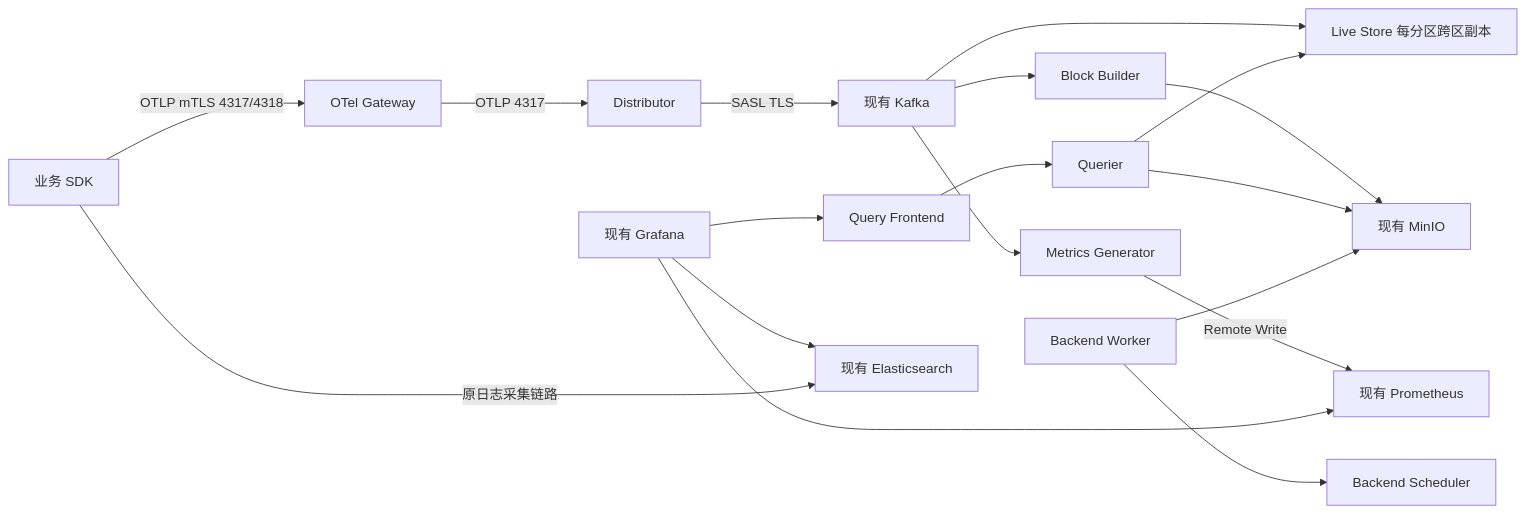
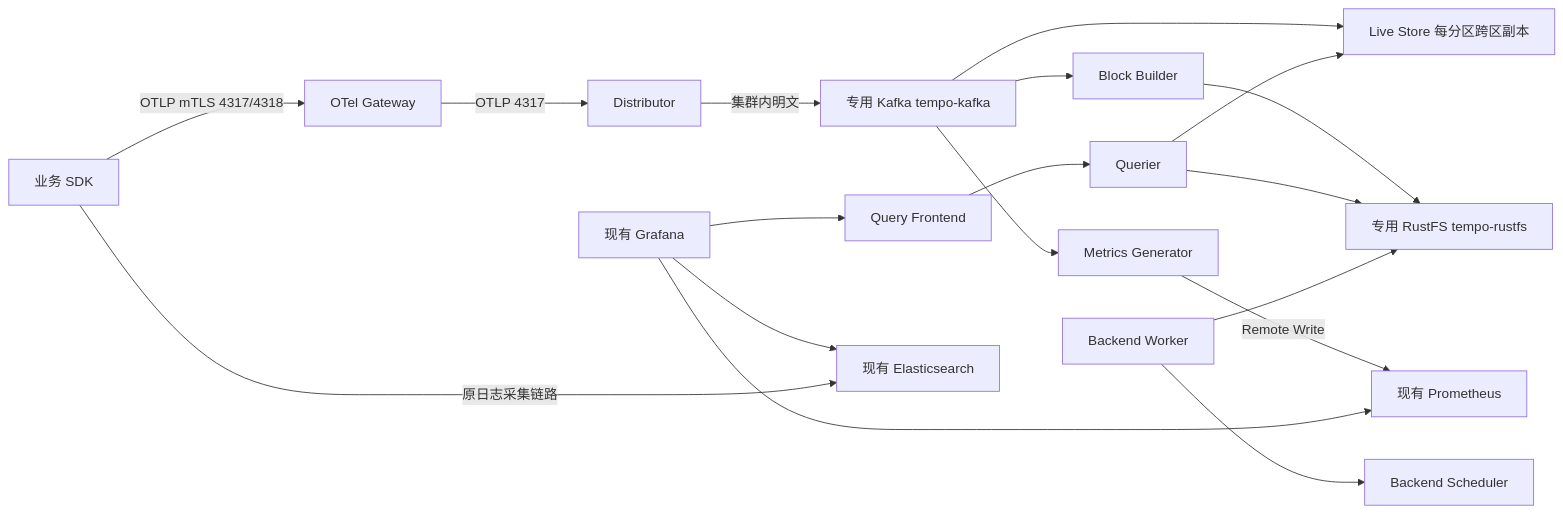
Before and after one commit to zhanzhen-134/tracemonitor: the diagram in docs/tempo/01-architecture.md, drawn with Mermaid. The commit also changed other lines of this file and 33 other files, not shown here.

````diff
--- a/docs/tempo/01-architecture.md
+++ b/docs/tempo/01-architecture.md
@@ -3,20 +3,20 @@
 ```mermaid
 flowchart LR
   A[业务 SDK] -->|OTLP mTLS 4317/4318| O[OTel Gateway]
   O -->|OTLP 4317| D[Distributor]
-  D -->|SASL TLS| K[现有 Kafka]
+  D -->|集群内明文| K[专用 Kafka tempo-kafka]
   K --> L[Live Store 每分区跨区副本]
   K --> B[Block Builder]
   K --> M[Metrics Generator]
-  B --> S[现有 MinIO]
+  B --> S[专用 RustFS tempo-rustfs]
   F[Query Frontend] --> Q[Querier]
   Q --> L
   Q --> S
   W[Backend Worker] --> S
   W --> C[Backend Scheduler]
   M -->|Remote Write| P[现有 Prometheus]
   G[现有 Grafana] --> F
   G --> P
   G --> E[现有 Elasticsearch]
   A -->|原日志采集链路| E
 ```
````
